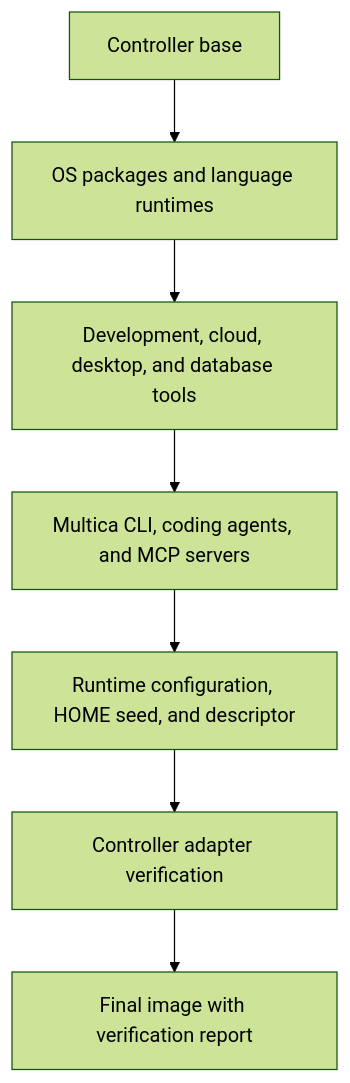
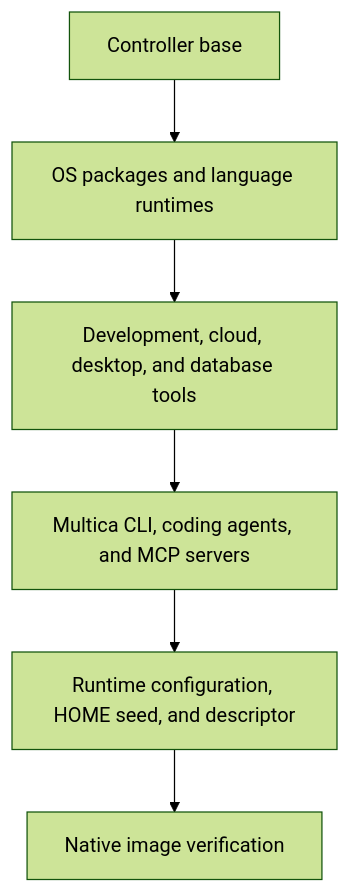
Before and after one commit to korioinc/multica-runtime: the diagram in README.md, drawn with Mermaid (forest theme). The commit also changed other lines of this file and 15 other files, not shown here.

````diff
--- a/README.md
+++ b/README.md
@@ -21,9 +21,8 @@
 ```mermaid
 flowchart TD
     base[Controller base] --> languages[OS packages and language runtimes]
     languages --> tools[Development, cloud, desktop, and database tools]
     tools --> agents[Multica CLI, coding agents, and MCP servers]
-    agents --> prepared[Runtime configuration, HOME seed, and descriptor]
-    prepared --> verification[Controller adapter verification]
-    verification --> final[Final image with verification report]
+    agents --> final[Runtime configuration, HOME seed, and descriptor]
+    final --> verification[Native image verification]
 ```
````
